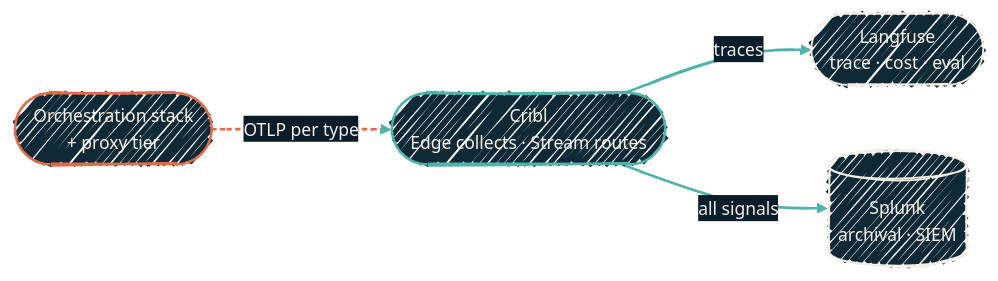
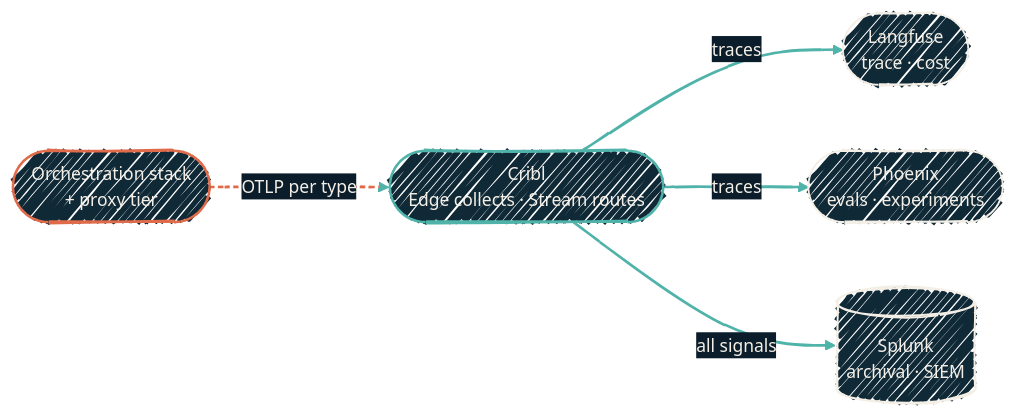
Before and after one commit to JacobPEvans/docs: the diagram in observability/llm-observability.mdx, drawn with Mermaid. The commit also changed other lines of this file and 4 other files, not shown here.

First line of the commit message:
docs(observability): add Arize Phoenix as the second OTLP trace sink

````diff
--- a/observability/llm-observability.mdx
+++ b/observability/llm-observability.mdx
@@ -40,23 +40,27 @@
 ```mermaid
 %%{init: {'theme':'base','look':'handDrawn','themeVariables':{'fontFamily':'Geist','fontSize':'14px','primaryColor':'#102937','primaryTextColor':'#F4EFE6','primaryBorderColor':'#4FB3A9','lineColor':'#4FB3A9','secondaryColor':'#0B1D2A','tertiaryColor':'#1A2A38','clusterBkg':'rgba(79,179,169,0.08)','clusterBorder':'#4FB3A9'}}}%%
 flowchart LR
   Apps([Orchestration stack<br/>+ proxy tier])
   Cribl([Cribl<br/>Edge collects · Stream routes])
-  LF([Langfuse<br/>trace · cost · eval])
+  LF([Langfuse<br/>trace · cost])
+  PX([Phoenix<br/>evals · experiments])
   SP[(Splunk<br/>archival · SIEM)]
 
   Apps -->|OTLP per type| Cribl
   Cribl -->|traces| LF
+  Cribl -->|traces| PX
   Cribl -->|all signals| SP
 
   classDef app  fill:#102937,stroke:#E06B4A,stroke-width:2px,color:#F4EFE6;
   classDef hub  fill:#102937,stroke:#4FB3A9,stroke-width:2px,color:#F4EFE6;
   classDef sink fill:#102937,stroke:#F4EFE6,stroke-width:1.5px,color:#F4EFE6;
 
   class Apps app
   class Cribl hub
-  class LF,SP sink
+  class LF,PX,SP sink
+
+  click PX "/observability/phoenix" "Arize Phoenix: evals and experiments"
 
   linkStyle 0 stroke:#E06B4A,stroke-width:2px,stroke-dasharray:4 3;
-  linkStyle 1,2 stroke:#4FB3A9,stroke-width:2px;
+  linkStyle 1,2,3 stroke:#4FB3A9,stroke-width:2px;
 ```
````
